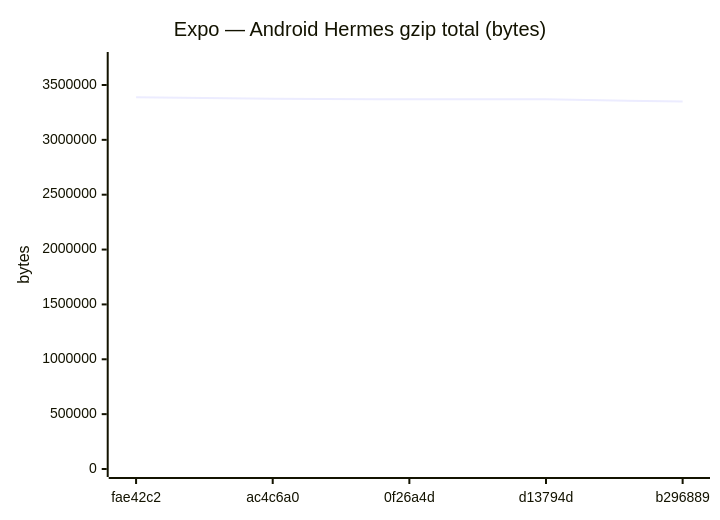
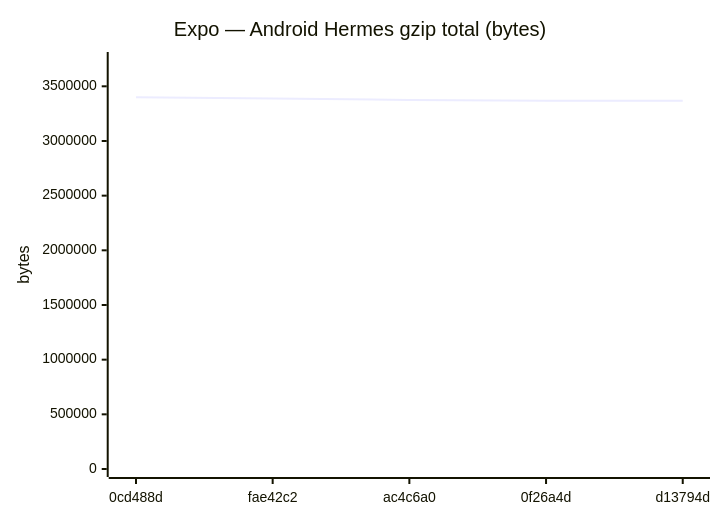
One commit to Metaheurist/Rianell changed diagram 11 of 18 in benchmarks/compare.md. Above: the diagram before and after it, drawn with Mermaid. The commit also changed other lines of this file and 11 other files, not shown here.

````diff
--- a/benchmarks/compare.md
+++ b/benchmarks/compare.md
@@ -172,7 +172,7 @@
 ```mermaid
 xychart-beta
     title "Expo — Android Hermes gzip total (bytes)"
-    x-axis ["fae42c2", "ac4c6a0", "0f26a4d", "d13794d", "b296889"]
-    y-axis "bytes" 0 --> 3727642
-    line [3388765, 3375300, 3368860, 3368861, 3349208]
+    x-axis ["0cd488d", "fae42c2", "ac4c6a0", "0f26a4d", "d13794d"]
+    y-axis "bytes" 0 --> 3740600
+    line [3400545, 3388765, 3375300, 3368860, 3368861]
 ```
````
